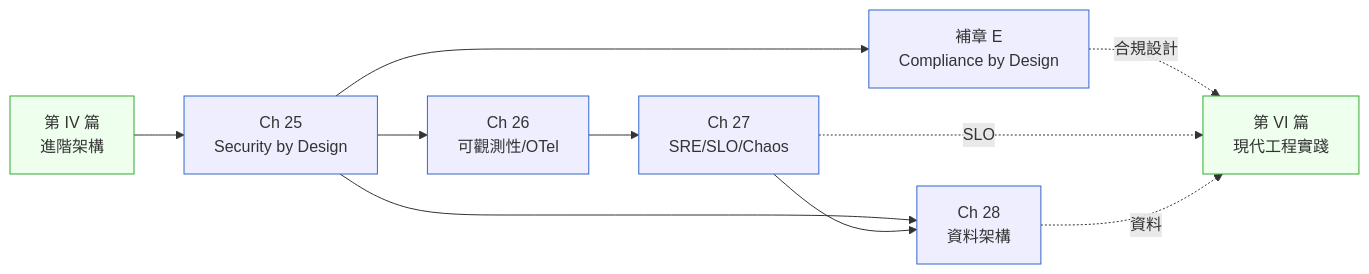
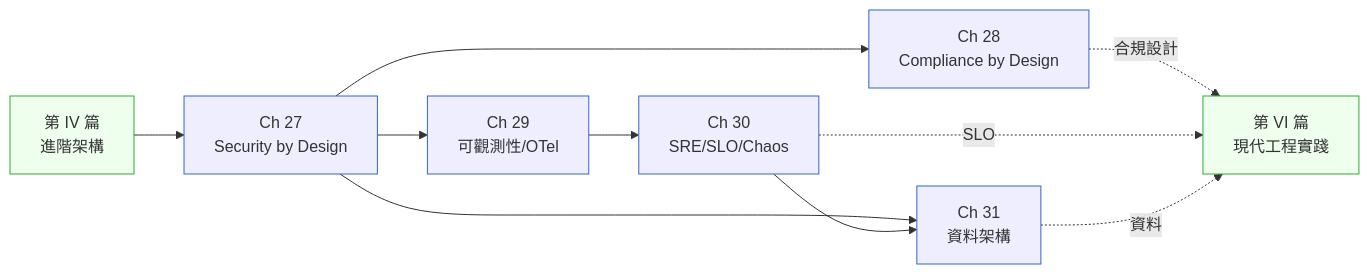
The diagram in book/part-05-quality/00-overview.md (EddyKuo/sa-sd-playbook), drawn with Mermaid before and after one commit. The commit also changed other lines of this file and 77 other files, not shown here.

````diff
--- a/book/part-05-quality/00-overview.md
+++ b/book/part-05-quality/00-overview.md
@@ -24,20 +24,20 @@
 ```mermaid
 flowchart LR
     IV[第 IV 篇<br/>進階架構] --> CH25
 
-    CH25[Ch 25<br/>Security by Design] --> CHE[補章 E<br/>Compliance by Design]
-    CH25 --> CH26[Ch 26<br/>可觀測性/OTel]
-    CH26 --> CH27[Ch 27<br/>SRE/SLO/Chaos]
-    CH25 --> CH28[Ch 28<br/>資料架構]
+    CH25[Ch 27<br/>Security by Design] --> CHE[Ch 28<br/>Compliance by Design]
+    CH25 --> CH26[Ch 29<br/>可觀測性/OTel]
+    CH26 --> CH27[Ch 30<br/>SRE/SLO/Chaos]
+    CH25 --> CH28[Ch 31<br/>資料架構]
     CH27 --> CH28
 
     CHE -.合規設計.-> VI[第 VI 篇<br/>現代工程實踐]
     CH27 -.SLO.-> VI
     CH28 -.資料.-> VI
 
     classDef cold fill:#eef,stroke:#36c
     classDef goal fill:#efe,stroke:#3a3
     class CH25,CHE,CH26,CH27,CH28 cold
     class VI goal
     class IV goal
 ```
````
